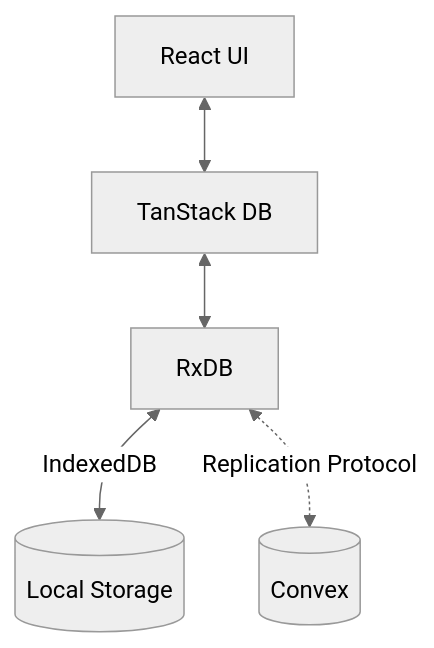
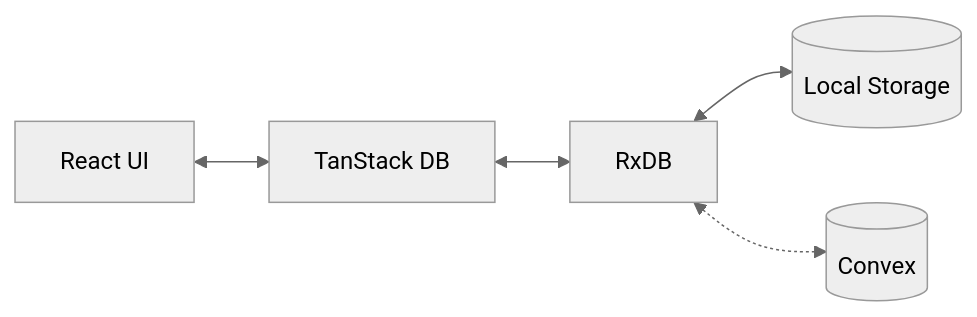
Before and after one commit to robelest/robelest: the fourth of 12 diagrams in journal/2025-12-25-replicate-local-first.md, drawn with Mermaid (neutral theme). The commit also changed other lines of this file and 3 other files, not shown here.

First line of the commit message:
feat: use mermaid-cli for PDF diagram rendering with caching

````diff
--- a/journal/2025-12-25-replicate-local-first.md
+++ b/journal/2025-12-25-replicate-local-first.md
@@ -240,8 +239,8 @@
 ```mermaid
-flowchart TD
+flowchart LR
     UI[React UI] <--> TS[TanStack DB]
     TS <--> RX[RxDB]
-    RX <-->|IndexedDB| IDB[(Local Storage)]
-    RX <-.->|Replication Protocol| CONVEX[(Convex)]
+    RX <--> IDB[(Local Storage)]
+    RX <-.-> CONVEX[(Convex)]
 
 ```
````
